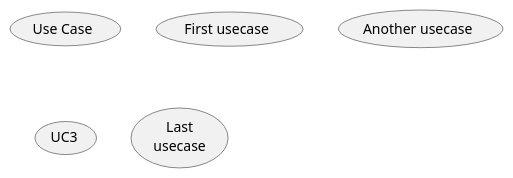
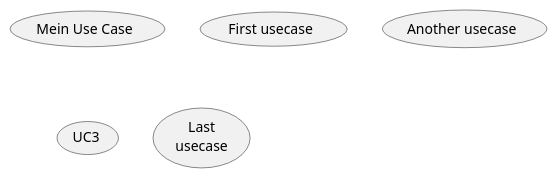
Before and after one commit to schlumpfen/cheatsheets: the diagram in 1_Usecase/usecase1.puml, drawn with PlantUML.

```diff
--- a/1_Usecase/usecase1.puml
+++ b/1_Usecase/usecase1.puml
@@ -1,7 +1,10 @@
 @startuml
-(Use Case)
+(Mein Use Case) as UC1
+
 (First usecase)
 (Another usecase) as (UC2)
+
 usecase UC3
 usecase (Last\nusecase) as UC4
+
 @enduml
```
